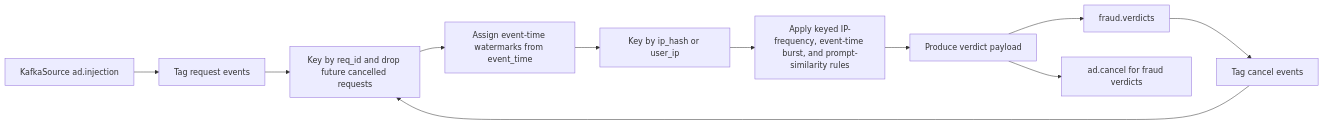
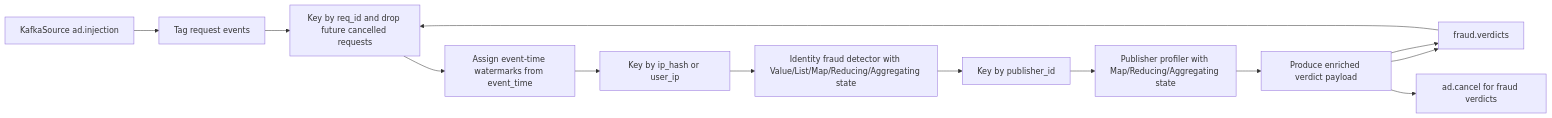
One commit to IamMistake/ai-ad-request-safety-pipeline changed the diagram in docs/flink_processing.md. Above: the diagram before and after it, drawn with Mermaid. The commit also changed other lines of this file and 9 other files, not shown here.

````diff
--- a/docs/flink_processing.md
+++ b/docs/flink_processing.md
@@ -20,13 +20,15 @@
 ```mermaid
 flowchart LR
     A[KafkaSource ad.injection] --> B[Tag request events]
     H[KafkaSource ad.cancel] --> I[Tag cancel events]
     B --> C[Key by req_id and drop future cancelled requests]
     I --> C
     C --> D[Assign event-time watermarks from event_time]
     D --> E[Key by ip_hash or user_ip]
-    E --> F[Apply keyed IP-frequency, event-time burst, and prompt-similarity rules]
-    F --> G[Produce verdict payload]
-    G --> H[fraud.verdicts]
-    G --> J[ad.cancel for fraud verdicts]
+    E --> F[Identity fraud detector with Value/List/Map/Reducing/Aggregating state]
+    F --> G[Key by publisher_id]
+    G --> K[Publisher profiler with Map/Reducing/Aggregating state]
+    K --> H[Produce enriched verdict payload]
+    H --> I[fraud.verdicts]
+    H --> J[ad.cancel for fraud verdicts]
 ```
````
